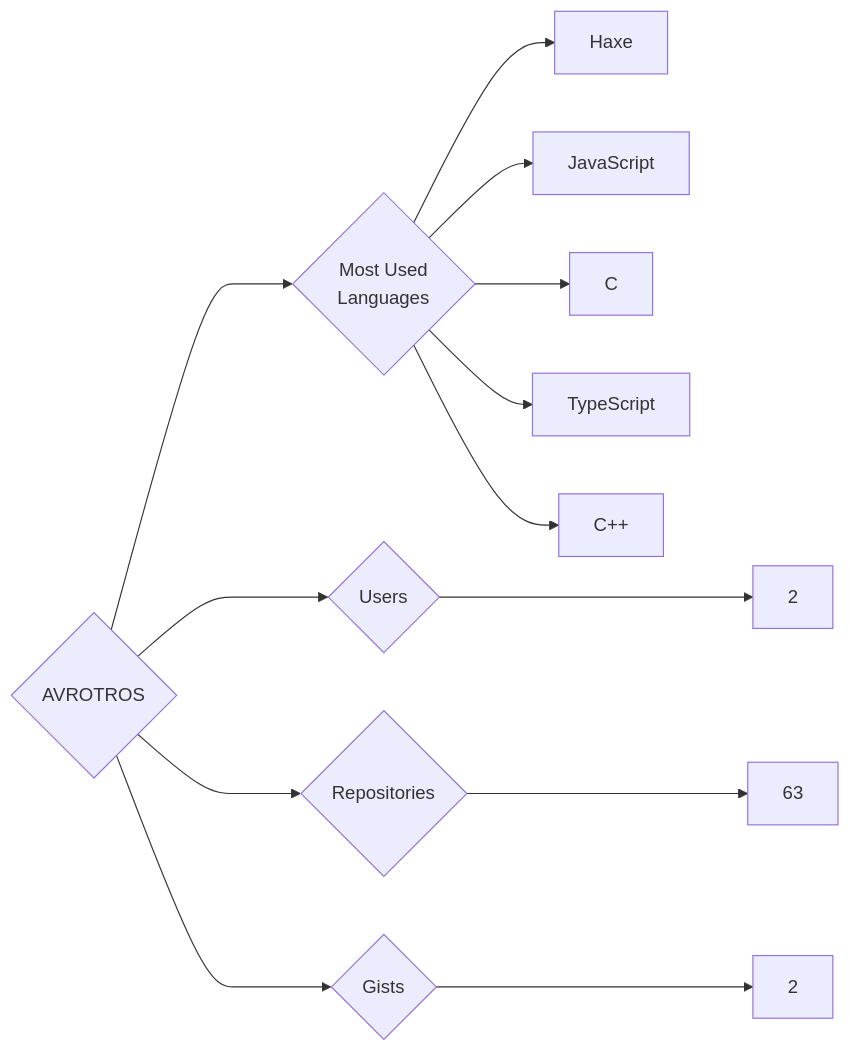
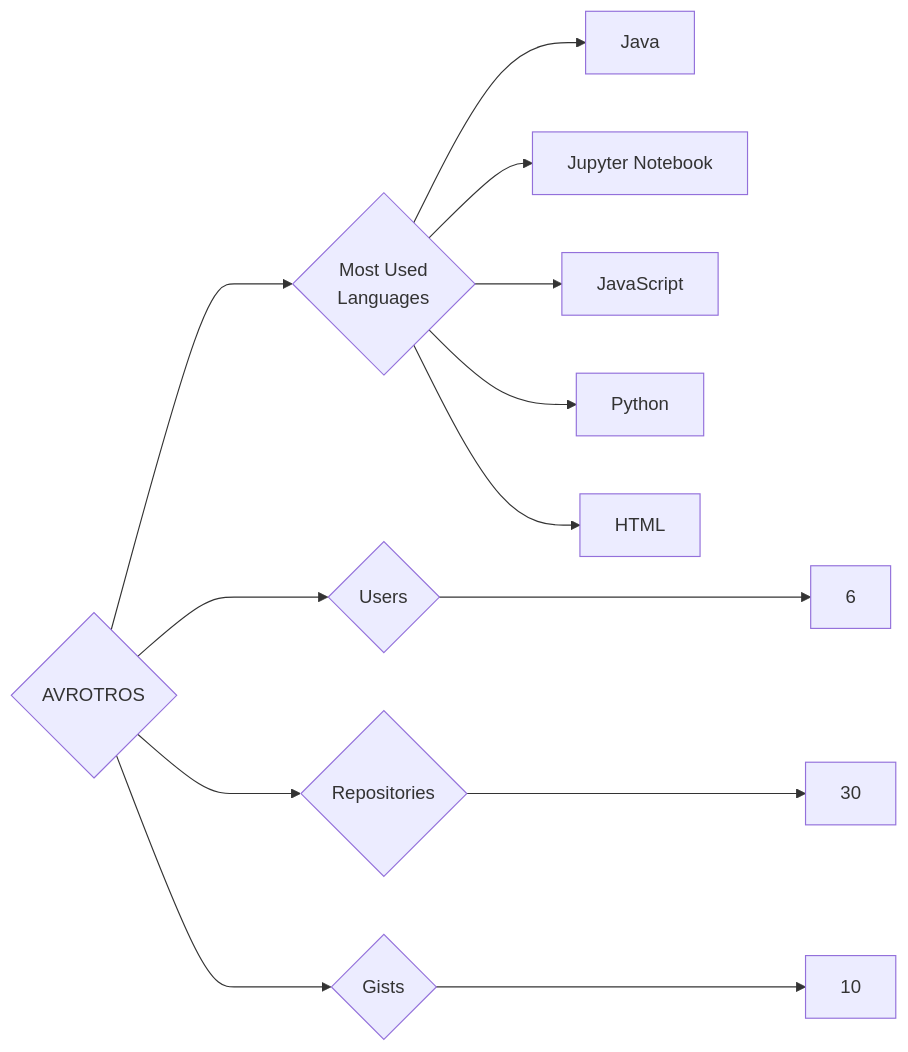
Before and after one commit to trickest/insiders: the diagram in targets/AVROTROS/README.md, drawn with Mermaid. The commit also changed 944 other files, not shown here.

````diff
--- a/targets/AVROTROS/README.md
+++ b/targets/AVROTROS/README.md
@@ -3,13 +3,13 @@
 ```mermaid
 graph LR
 COMPANY_NAME{AVROTROS}
-COMPANY_NAME ---> U{Users} ---> UN[2]
-COMPANY_NAME ---> R{Repositories} ---> RN[63]
-COMPANY_NAME ---> G{Gists} ---> GN[2]
+COMPANY_NAME ---> U{Users} ---> UN[6]
+COMPANY_NAME ---> R{Repositories} ---> RN[30]
+COMPANY_NAME ---> G{Gists} ---> GN[10]
 COMPANY_NAME ---> ML{Most Used<br>Languages}
-ML --> Haxe[Haxe]
+ML --> Java[Java]
+ML --> Jupyter_Notebook[Jupyter Notebook]
 ML --> JavaScript[JavaScript]
-ML --> C[C]
-ML --> TypeScript[TypeScript]
-ML --> C++[C++]
+ML --> Python[Python]
+ML --> HTML[HTML]
 ```
````
